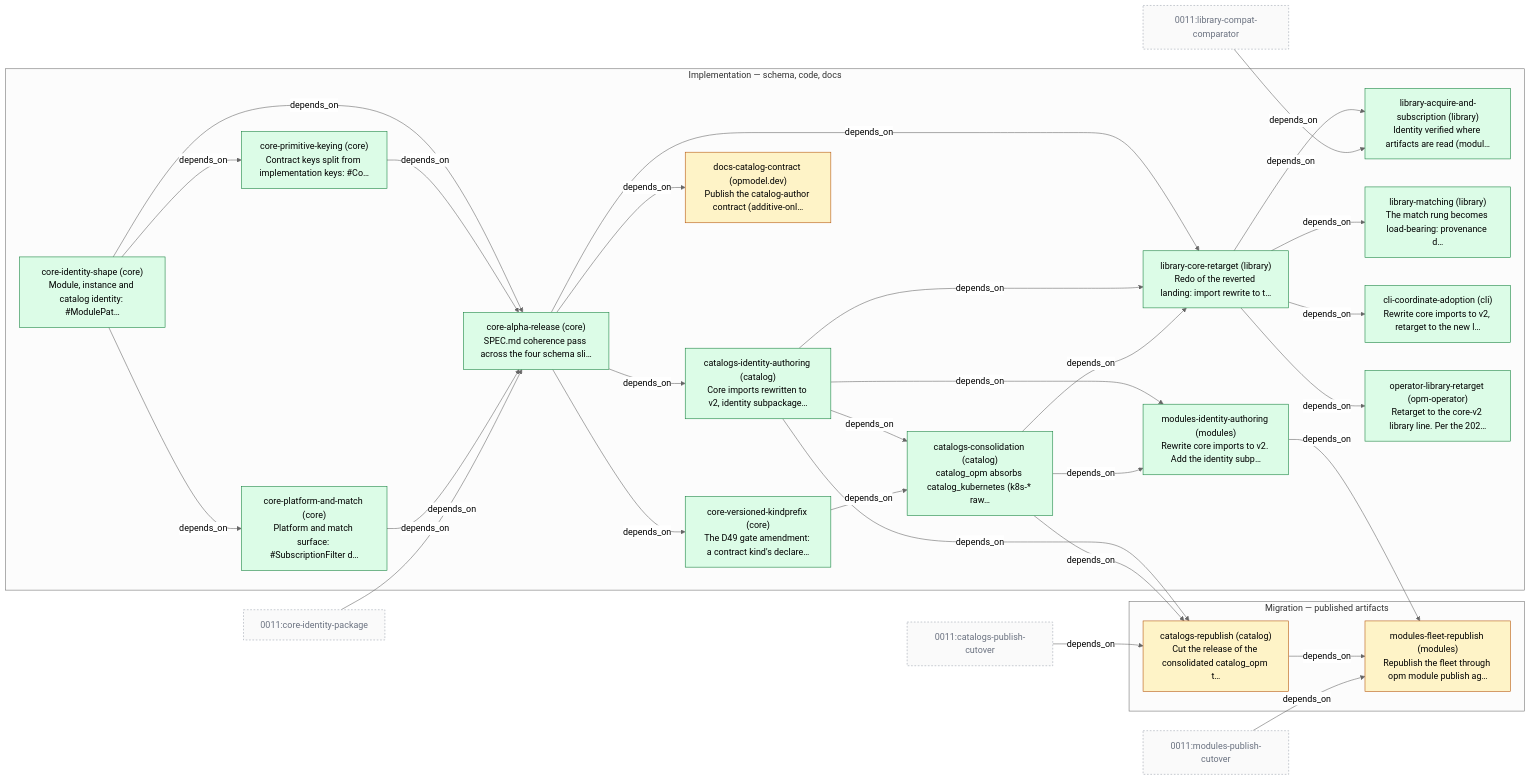
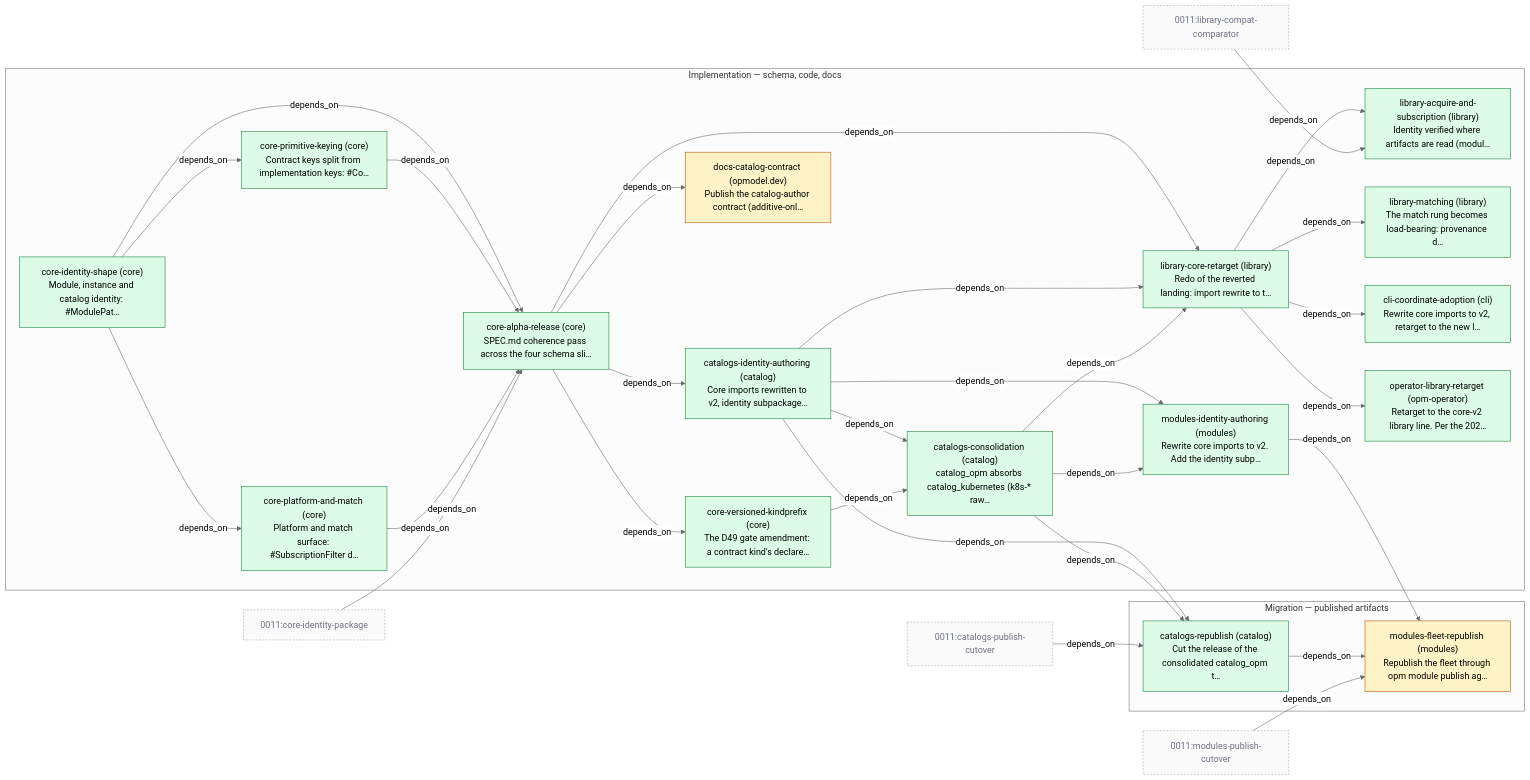
Before and after one commit to open-platform-model/enhancements: the diagram in 0010/PLAN.md, drawn with Mermaid (neutral theme). The commit also changed other lines of this file and 3 other files, not shown here.

First line of the commit message:
record(0010): catalogs-republish done - alpha.4 released via opm catalog publish

````diff
--- a/0010/PLAN.md
+++ b/0010/PLAN.md
@@ -5,61 +5,61 @@
 ```mermaid
 graph LR
   classDef planned     fill:#fef3c7,stroke:#b45309,color:#000
   classDef in_progress fill:#dbeafe,stroke:#1d4ed8,color:#000
   classDef done        fill:#dcfce7,stroke:#15803d,color:#000
   classDef cancelled   fill:#e5e7eb,stroke:#6b7280,color:#6b7280
   classDef other       fill:#fafafa,stroke:#9ca3af,color:#6b7280,stroke-dasharray:3 3
 
   subgraph PHASE_IMPL["Implementation — schema, code, docs"]
     S_core-identity-shape["core-identity-shape (core)\nModule, instance and catalog identity: #ModulePat…"]:::done
     S_core-primitive-keying["core-primitive-keying (core)\nContract keys split from implementation keys: #Co…"]:::done
     S_core-platform-and-match["core-platform-and-match (core)\nPlatform and match surface: #SubscriptionFilter d…"]:::done
     S_core-alpha-release["core-alpha-release (core)\nSPEC.md coherence pass across the four schema sli…"]:::done
     S_core-versioned-kindprefix["core-versioned-kindprefix (core)\nThe D49 gate amendment: a contract kind's declare…"]:::done
     S_library-core-retarget["library-core-retarget (library)\nRedo of the reverted landing: import rewrite to t…"]:::done
     S_library-acquire-and-subscription["library-acquire-and-subscription (library)\nIdentity verified where artifacts are read (modul…"]:::done
     S_library-matching["library-matching (library)\nThe match rung becomes load-bearing: provenance d…"]:::done
     S_docs-catalog-contract["docs-catalog-contract (opmodel.dev)\nPublish the catalog-author contract (additive-onl…"]:::planned
     S_cli-coordinate-adoption["cli-coordinate-adoption (cli)\nRewrite core imports to v2, retarget to the new l…"]:::done
     S_operator-library-retarget["operator-library-retarget (opm-operator)\nRetarget to the core-v2 library line. Per the 202…"]:::done
     S_catalogs-identity-authoring["catalogs-identity-authoring (catalog)\nCore imports rewritten to v2, identity subpackage…"]:::done
     S_catalogs-consolidation["catalogs-consolidation (catalog)\ncatalog_opm absorbs catalog_kubernetes (k8s-* raw…"]:::done
     S_modules-identity-authoring["modules-identity-authoring (modules)\nRewrite core imports to v2. Add the identity subp…"]:::done
   end
   subgraph PHASE_MIGR["Migration — published artifacts"]
-    S_catalogs-republish["catalogs-republish (catalog)\nCut the release of the consolidated catalog_opm t…"]:::planned
+    S_catalogs-republish["catalogs-republish (catalog)\nCut the release of the consolidated catalog_opm t…"]:::done
     S_modules-fleet-republish["modules-fleet-republish (modules)\nRepublish the fleet through opm module publish ag…"]:::planned
   end
 
   S_core-identity-shape -->|depends_on| S_core-primitive-keying
   S_core-identity-shape -->|depends_on| S_core-platform-and-match
   S_core-identity-shape -->|depends_on| S_core-alpha-release
   S_core-primitive-keying -->|depends_on| S_core-alpha-release
   S_core-platform-and-match -->|depends_on| S_core-alpha-release
   X_0011_core-identity-package["0011:core-identity-package"]:::other
   X_0011_core-identity-package -->|depends_on| S_core-alpha-release
   S_core-alpha-release -->|depends_on| S_core-versioned-kindprefix
   S_core-alpha-release -->|depends_on| S_library-core-retarget
   S_catalogs-identity-authoring -->|depends_on| S_library-core-retarget
   S_catalogs-consolidation -->|depends_on| S_library-core-retarget
   S_library-core-retarget -->|depends_on| S_library-acquire-and-subscription
   X_0011_library-compat-comparator["0011:library-compat-comparator"]:::other
   X_0011_library-compat-comparator -->|depends_on| S_library-acquire-and-subscription
   S_library-core-retarget -->|depends_on| S_library-matching
   S_core-alpha-release -->|depends_on| S_docs-catalog-contract
   S_library-core-retarget -->|depends_on| S_cli-coordinate-adoption
   S_library-core-retarget -->|depends_on| S_operator-library-retarget
   S_core-alpha-release -->|depends_on| S_catalogs-identity-authoring
   S_catalogs-identity-authoring -->|depends_on| S_catalogs-consolidation
   S_core-versioned-kindprefix -->|depends_on| S_catalogs-consolidation
   S_catalogs-identity-authoring -->|depends_on| S_modules-identity-authoring
   S_catalogs-consolidation -->|depends_on| S_modules-identity-authoring
   S_catalogs-identity-authoring -->|depends_on| S_catalogs-republish
   S_catalogs-consolidation -->|depends_on| S_catalogs-republish
   X_0011_catalogs-publish-cutover["0011:catalogs-publish-cutover"]:::other
   X_0011_catalogs-publish-cutover -->|depends_on| S_catalogs-republish
   S_catalogs-republish -->|depends_on| S_modules-fleet-republish
   S_modules-identity-authoring -->|depends_on| S_modules-fleet-republish
   X_0011_modules-publish-cutover["0011:modules-publish-cutover"]:::other
   X_0011_modules-publish-cutover -->|depends_on| S_modules-fleet-republish
 ```
````
